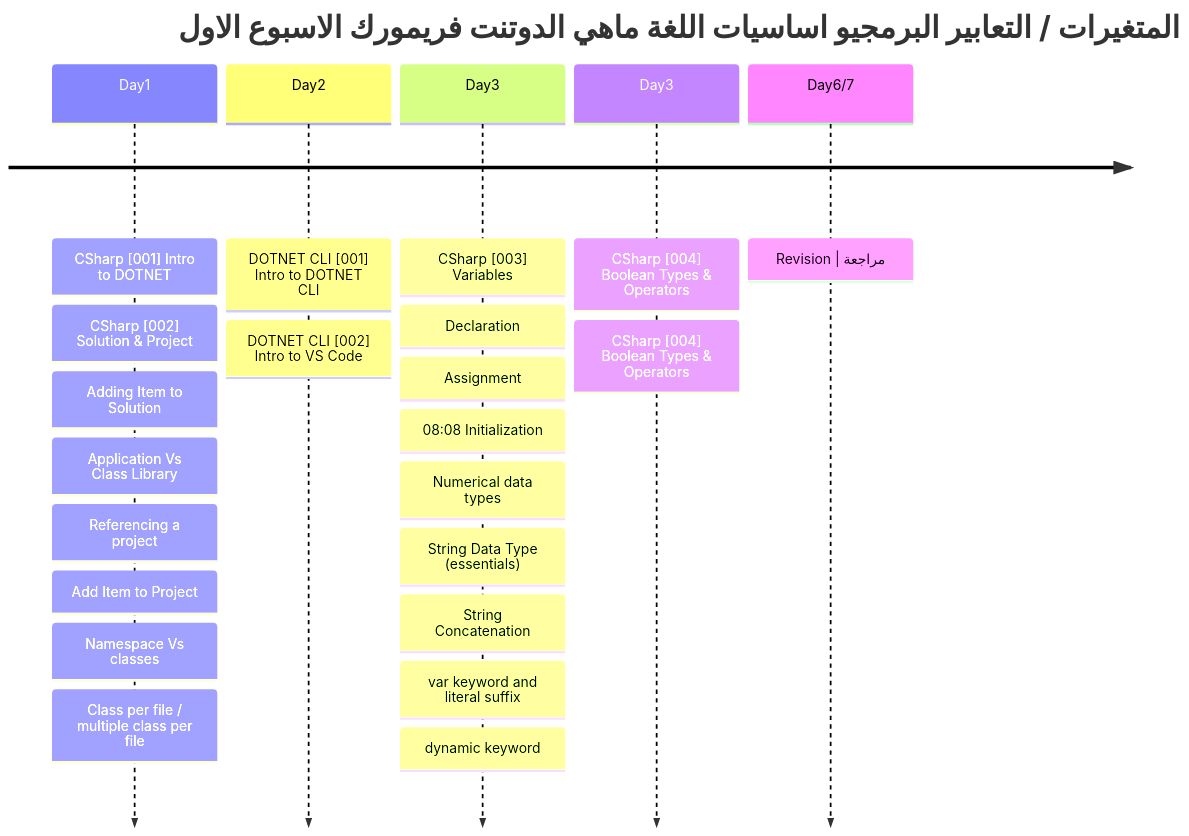
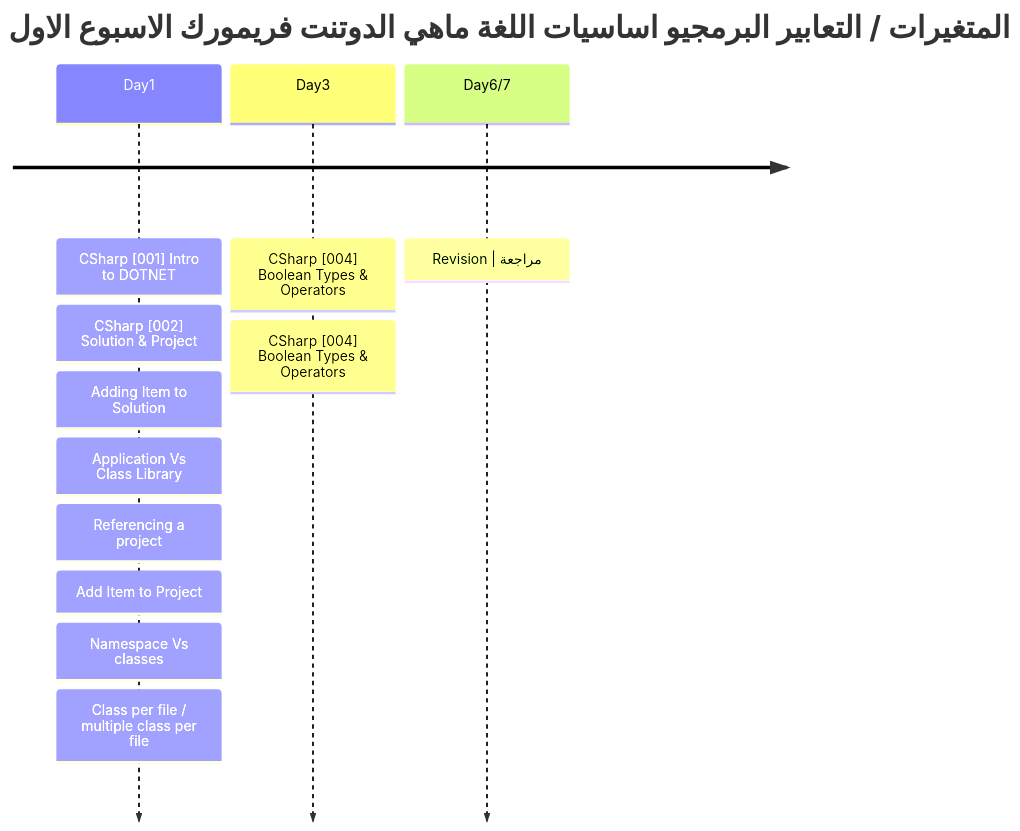
One commit to metigator/Roadmap changed the first of 3 diagrams in README.md. Above: the diagram before and after it, drawn with Mermaid.

````diff
--- a/README.md
+++ b/README.md
@@ -1,26 +1,15 @@
 ```mermaid
 timeline
     title  المتغيرات / التعابير البرمجيو اساسيات اللغة ماهي الدوتنت فريمورك  الاسبوع الاول
     Day1 : CSharp [001] Intro to DOTNET
          : CSharp [002] Solution & Project
          : Adding Item to Solution
          : Application Vs Class Library
          : Referencing a project
          : Add Item to Project
          : Namespace Vs classes
          : Class per file / multiple class per file
-    Day2 : DOTNET CLI [001] Intro to DOTNET CLI
-         : DOTNET CLI [002] Intro to VS Code
-    Day3 : CSharp [003] Variables 
-         : Declaration
-         : Assignment
-         : 08:08 Initialization
-         : Numerical data types
-         : String Data Type (essentials)
-         : String Concatenation
-         : var keyword and literal suffix
-         : dynamic keyword
     Day3 : CSharp [004] Boolean Types & Operators
          : CSharp [004] Boolean Types & Operators
   Day6/7 : Revision | مراجعة 
 ```
````
